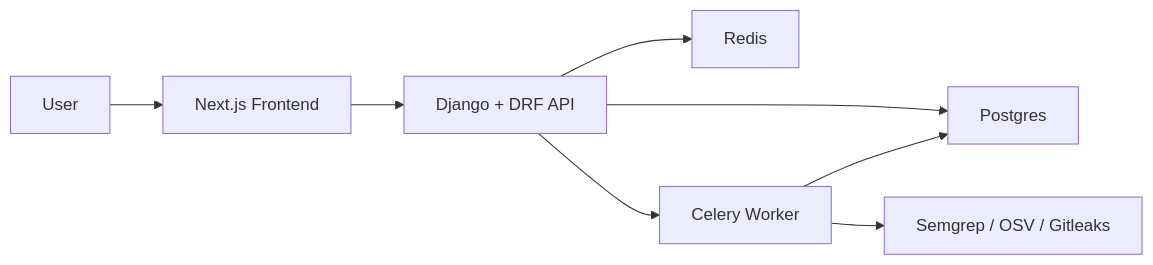
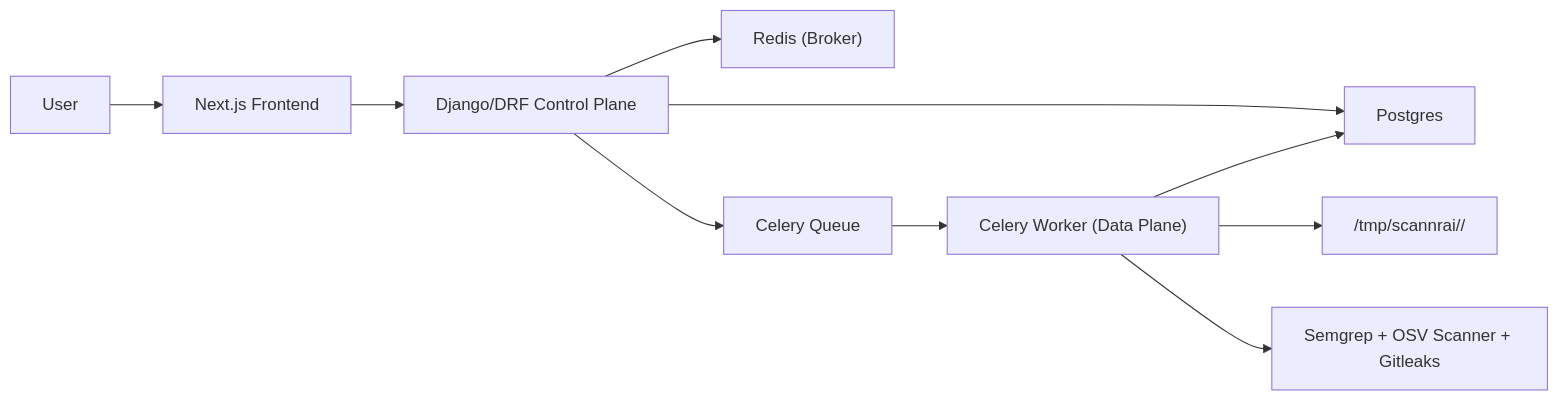
The diagram in README.md (alibacelonia/scannrai), drawn with Mermaid before and after one commit. The commit also changed other lines of this file and 31 other files, not shown here.

Commit message:
feat: implement enterprise option-b scanning architecture

````diff
--- a/README.md
+++ b/README.md
@@ -17,10 +7,12 @@
 ```mermaid
 flowchart LR
   User["User"] --> Frontend["Next.js Frontend"]
-  Frontend --> API["Django + DRF API"]
+  Frontend --> API["Django/DRF Control Plane"]
   API --> DB["Postgres"]
-  API --> Redis["Redis"]
-  API --> Worker["Celery Worker"]
-  Worker --> Scanner["Semgrep / OSV / Gitleaks"]
+  API --> Redis["Redis (Broker)"]
+  API --> WorkerQueue["Celery Queue"]
+  WorkerQueue --> Worker["Celery Worker (Data Plane)"]
+  Worker --> Workspace["/tmp/scannrai/<scan_id>/"]
+  Worker --> Tools["Semgrep + OSV Scanner + Gitleaks"]
   Worker --> DB
 ```
````
